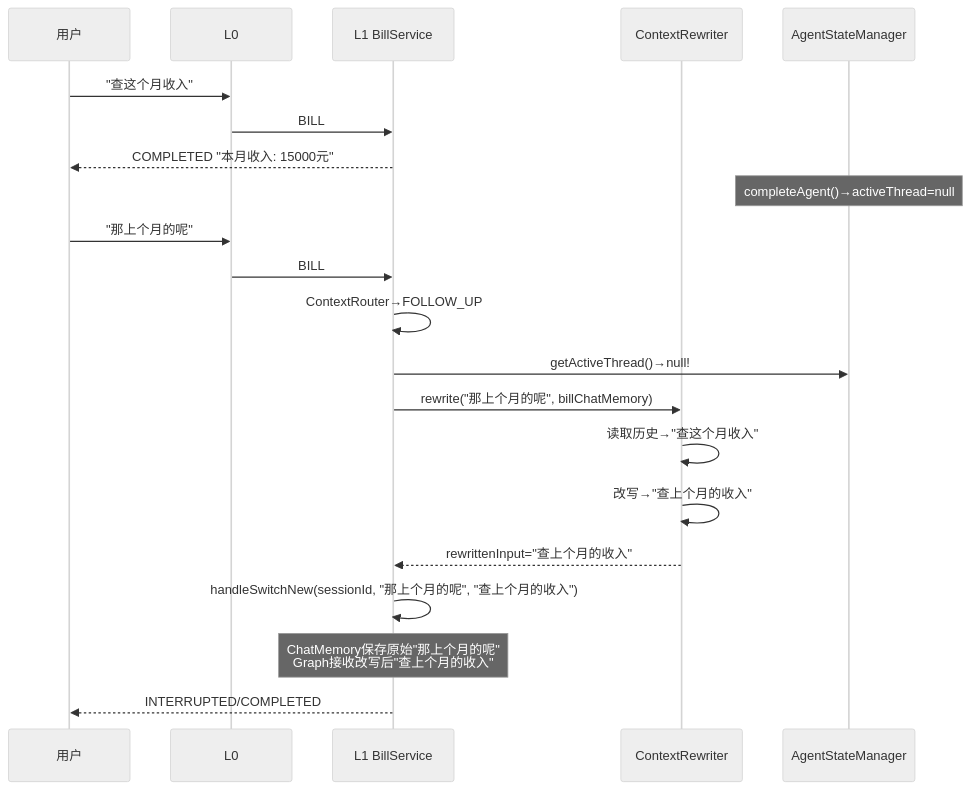
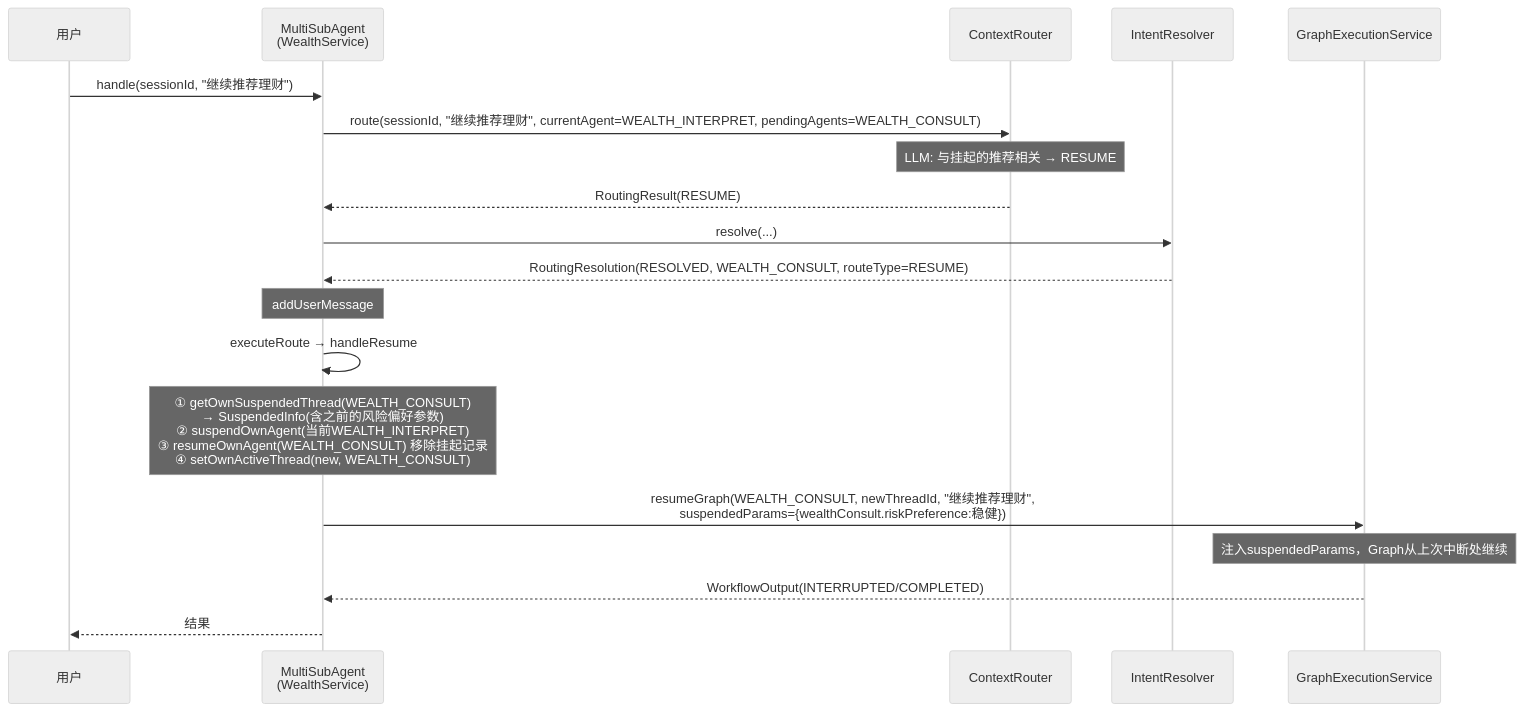
The tenth of 17 diagrams in ARCHITECTURE-FULL.md (michael-lin-45/mobile-ai-bank-demo---workbuddy), drawn with Mermaid (neutral theme) before and after one commit. The commit also changed other lines of this file and 9 other files, not shown here.

Commit message:
fix multi resume issue

````diff
--- a/ARCHITECTURE-FULL.md
+++ b/ARCHITECTURE-FULL.md
@@ -644,25 +649,27 @@
 ```mermaid
 sequenceDiagram
     participant U as 用户
-    participant L0 as L0
-    participant BS as L1 BillService
-    participant CR as ContextRewriter
-    participant SM as AgentStateManager
+    participant MSAD as MultiSubAgent<br/>(WealthService)
+    participant CR as ContextRouter
+    participant IRes as IntentResolver
+    participant GES as GraphExecutionService
+
+    U->>MSAD: handle(sessionId, "继续推荐理财")
     
-    U->>L0: "查这个月收入"
-    L0->>BS: BILL
-    BS-->>U: COMPLETED "本月收入: 15000元"
-    Note over SM: completeAgent()→activeThread=null
+    MSAD->>CR: route(sessionId, "继续推荐理财", currentAgent=WEALTH_INTERPRET, pendingAgents=WEALTH_CONSULT)
+    Note over CR: LLM: 与挂起的推荐相关 → RESUME
+    CR-->>MSAD: RoutingResult(RESUME)
     
-    U->>L0: "那上个月的呢"
-    L0->>BS: BILL
-    BS->>BS: ContextRouter→FOLLOW_UP
-    BS->>SM: getActiveThread()→null!
-    BS->>CR: rewrite("那上个月的呢", billChatMemory)
-    CR->>CR: 读取历史→"查这个月收入"
-    CR->>CR: 改写→"查上个月的收入"
-    CR-->>BS: rewrittenInput="查上个月的收入"
-    BS->>BS: handleSwitchNew(sessionId, "那上个月的呢", "查上个月的收入")
-    Note over BS: ChatMemory保存原始"那上个月的呢"<br/>Graph接收改写后"查上个月的收入"
-    BS-->>U: INTERRUPTED/COMPLETED
+    MSAD->>IRes: resolve(...)
+    IRes-->>MSAD: RoutingResolution(RESOLVED, WEALTH_CONSULT, routeType=RESUME)
+    
+    Note over MSAD: addUserMessage
+    MSAD->>MSAD: executeRoute → handleResume
+    
+    Note over MSAD: ① getOwnSuspendedThread(WEALTH_CONSULT)<br/>→ SuspendedInfo(含之前的风险偏好参数)<br/>② suspendOwnAgent(当前WEALTH_INTERPRET)<br/>③ resumeOwnAgent(WEALTH_CONSULT) 移除挂起记录<br/>④ setOwnActiveThread(new, WEALTH_CONSULT)
+    
+    MSAD->>GES: resumeGraph(WEALTH_CONSULT, newThreadId, "继续推荐理财",<br/>suspendedParams={wealthConsult.riskPreference:稳健})
+    Note over GES: 注入suspendedParams，Graph从上次中断处继续
+    GES-->>MSAD: WorkflowOutput(INTERRUPTED/COMPLETED)
+    MSAD-->>U: 结果
 ```
````
